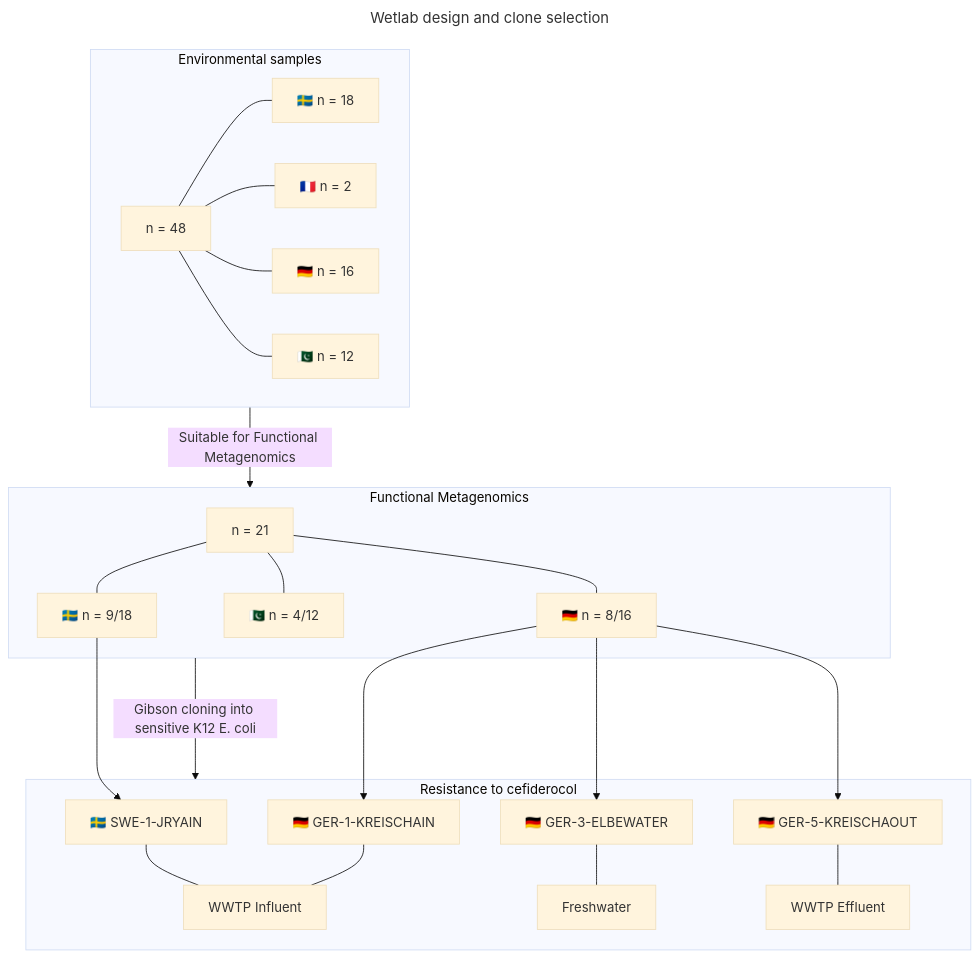
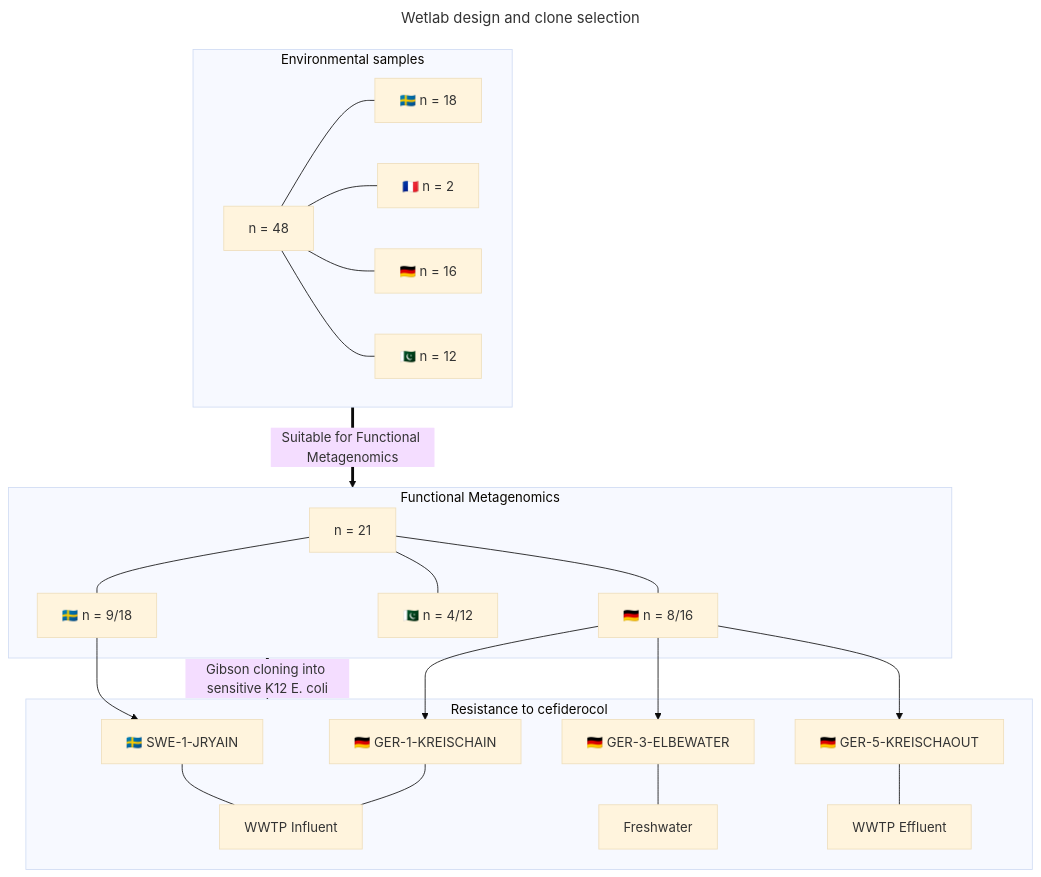
One commit to RemiGSC/Mgf_FDC changed the first of 2 diagrams in README.md. Above: the diagram before and after it, drawn with Mermaid (base theme).

````diff
--- a/README.md
+++ b/README.md
@@ -7,35 +7,35 @@
 ```mermaid
 ---
 title: Wetlab design and clone selection
 ---
 flowchart TD
 	subgraph ev [Environmental samples]
 		A[n = 48] --- A1[🇸🇪 n = 18]
 		A --- A2[🇫🇷 n = 2]
 		A --- A3[🇩🇪 n = 16]
 		A --- A4[🇵🇰 n = 12]
 	end
 
 	subgraph fmg [Functional Metagenomics]
 		B[n = 21] --- B1[🇸🇪 n = 9/18]
 		B --- B3[🇩🇪 n = 8/16]
 		B --- B4[🇵🇰 n = 4/12]
 	end
 
 	subgraph Rcef [Resistance to cefiderocol]
 			C1[🇸🇪 SWE-1-JRYAIN] --- WWIN[WWTP Influent]
 			C3a[🇩🇪 GER-1-KREISCHAIN] --- WWIN[WWTP Influent]
 			C3b[🇩🇪 GER-3-ELBEWATER] --- Fresh[Freshwater]
 			C3c[🇩🇪 GER-5-KREISCHAOUT] --- WWEF[WWTP Effluent]
 	end
 
 
-ev -->|Suitable for Functional Metagenomics| fmg
+ev ==>|Suitable for Functional Metagenomics| fmg
 
-fmg -->|Gibson cloning into sensitive K12 E. coli| Rcef
+fmg ==>|Gibson cloning into sensitive K12 E. coli| Rcef
 
-B1 ---> C1
-B3 ---> C3a
-B3 ---> C3b
-B3 ---> C3c
+B1 --> C1
+B3 --> C3a
+B3 --> C3b
+B3 --> C3c
 ```
````
